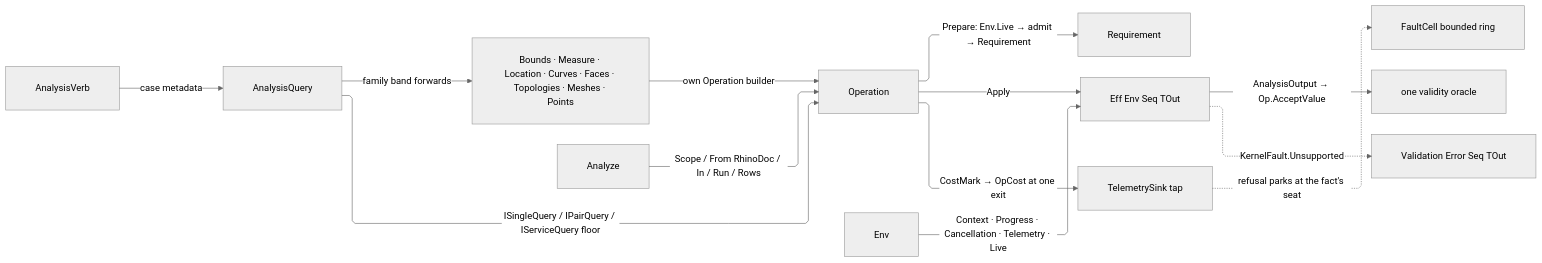
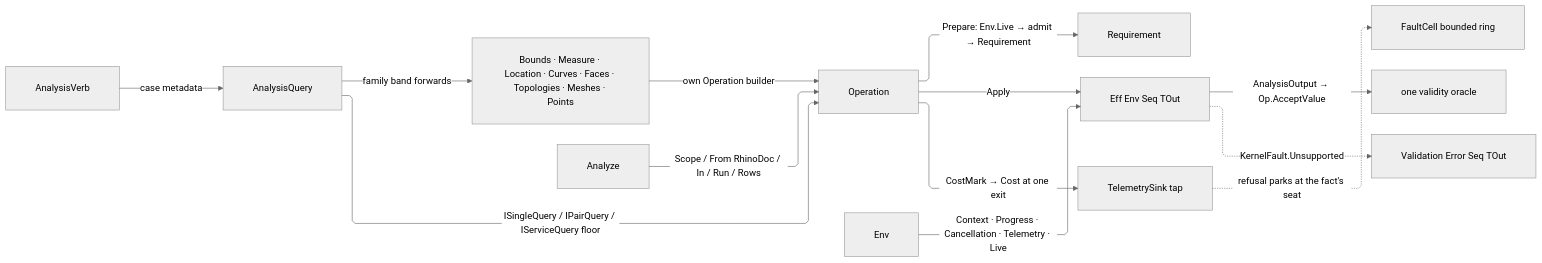
One commit to bsamiee/Rasm changed the diagram in libs/dotnet/Rasm/.planning/Analysis/query.md. Above: the diagram before and after it, drawn with Mermaid (neutral theme). The commit also changed other lines of this file and 588 other files, not shown here.

````diff
--- a/libs/dotnet/Rasm/.planning/Analysis/query.md
+++ b/libs/dotnet/Rasm/.planning/Analysis/query.md
@@ -564,24 +559,24 @@
 ```mermaid
 ---
 config:
   layout: elk
   flowchart:
     curve: linear
     padding: 25
 ---
 flowchart LR
     accTitle: Analysis query dispatch and execution flow
     accDescr: The verb roster naming each request case, the arity floors deciding which dispatcher reaches its owning builder, the family unions forwarding through their own operation builders, the operation preparing and applying over the Eff runtime and charging one cost capsule at one exit, the runtime environment feeding the Eff, the output projecting through the one validity oracle, the facade entering the operation, and the Eff lowering onto the validation result carrier.
     AnalysisVerb -->|case metadata| AnalysisQuery
     AnalysisQuery -->|ISingleQuery / IPairQuery / IServiceQuery floor| Operation
     AnalysisQuery -->|family band forwards| FamilyUnions[Bounds · Measure · Location · Curves · Faces · Topologies · Meshes · Points]
     FamilyUnions -->|own Operation builder| Operation
     Operation -->|Prepare: Env.Live → admit → Requirement| Requirement
     Operation -->|Apply| Eff[Eff Env Seq TOut]
-    Operation -->|CostMark → OpCost at one exit| Sink[TelemetrySink tap]
+    Operation -->|CostMark → Cost at one exit| Sink[TelemetrySink tap]
     Sink -.->|refusal parks at the fact's seat| Cell[FaultCell bounded ring]
     Env -->|Context · Progress · Cancellation · Telemetry · Live| Eff
     Eff -->|AnalysisOutput → Op.AcceptValue| Oracle[one validity oracle]
     Analyze -->|Scope / From RhinoDoc / In / Run / Rows| Operation
     Eff -.->|KernelFault.Unsupported| Validation[Validation Error Seq TOut]
 ```
````
